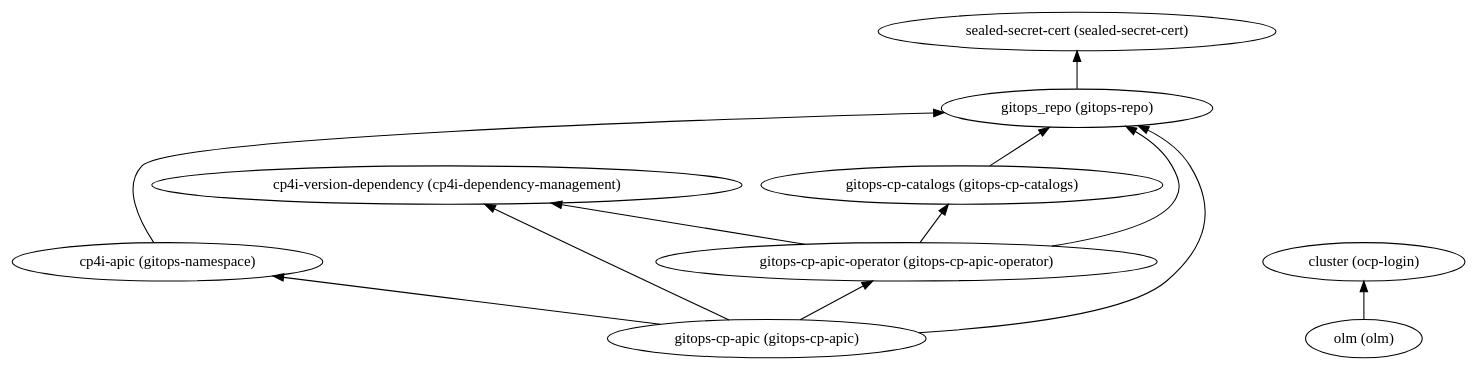
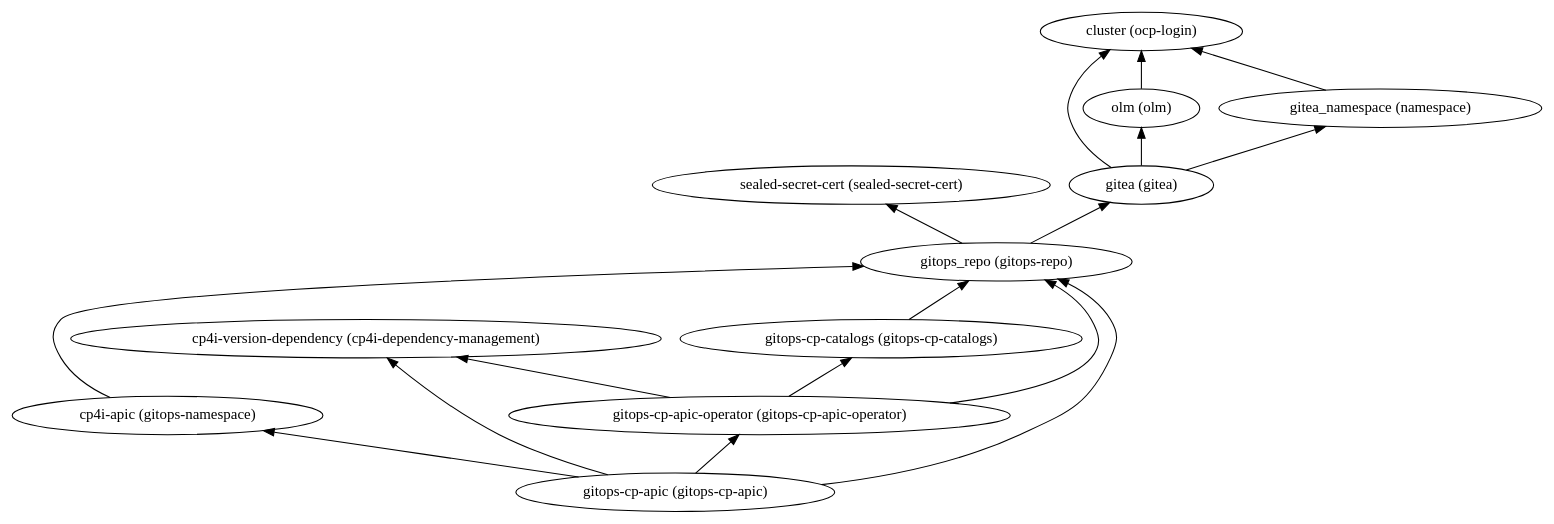
Before and after one commit to IBM/automation-integration-platform: the diagram in 220-integration-apiconnect/dependencies.dot, drawn with Graphviz. The commit also changed 112 other files, not shown here.

```diff
--- a/220-integration-apiconnect/dependencies.dot
+++ b/220-integration-apiconnect/dependencies.dot
@@ -1,23 +1,30 @@
 digraph {
     rankdir="BT"
     "cp4i-version-dependency (cp4i-dependency-management)"
 "gitops-cp-apic (gitops-cp-apic)" -> "gitops_repo (gitops-repo)"
 "gitops-cp-apic (gitops-cp-apic)" -> "cp4i-apic (gitops-namespace)"
 "gitops-cp-apic (gitops-cp-apic)" -> "gitops-cp-apic-operator (gitops-cp-apic-operator)"
 "gitops-cp-apic (gitops-cp-apic)" -> "cp4i-version-dependency (cp4i-dependency-management)"
 "gitops-cp-apic (gitops-cp-apic)"
 "gitops_repo (gitops-repo)" -> "sealed-secret-cert (sealed-secret-cert)"
+"gitops_repo (gitops-repo)" -> "gitea (gitea)"
 "gitops_repo (gitops-repo)"
 "sealed-secret-cert (sealed-secret-cert)"
+"gitea (gitea)" -> "cluster (ocp-login)"
+"gitea (gitea)" -> "olm (olm)"
+"gitea (gitea)" -> "gitea_namespace (namespace)"
+"gitea (gitea)"
+"cluster (ocp-login)"
+"olm (olm)" -> "cluster (ocp-login)"
+"olm (olm)"
+"gitea_namespace (namespace)" -> "cluster (ocp-login)"
+"gitea_namespace (namespace)"
 "cp4i-apic (gitops-namespace)" -> "gitops_repo (gitops-repo)"
 "cp4i-apic (gitops-namespace)"
 "gitops-cp-apic-operator (gitops-cp-apic-operator)" -> "gitops_repo (gitops-repo)"
 "gitops-cp-apic-operator (gitops-cp-apic-operator)" -> "gitops-cp-catalogs (gitops-cp-catalogs)"
 "gitops-cp-apic-operator (gitops-cp-apic-operator)" -> "cp4i-version-dependency (cp4i-dependency-management)"
 "gitops-cp-apic-operator (gitops-cp-apic-operator)"
 "gitops-cp-catalogs (gitops-cp-catalogs)" -> "gitops_repo (gitops-repo)"
 "gitops-cp-catalogs (gitops-cp-catalogs)"
-"cluster (ocp-login)"
-"olm (olm)" -> "cluster (ocp-login)"
-"olm (olm)"
   }
```
